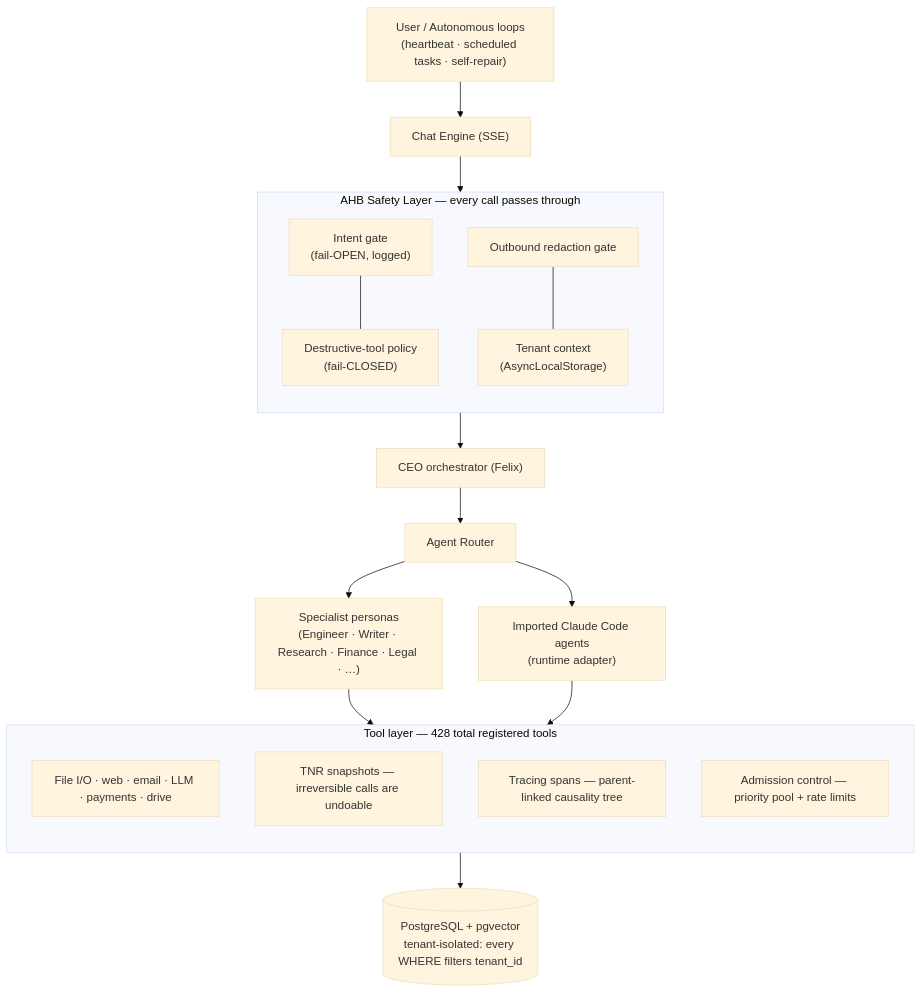
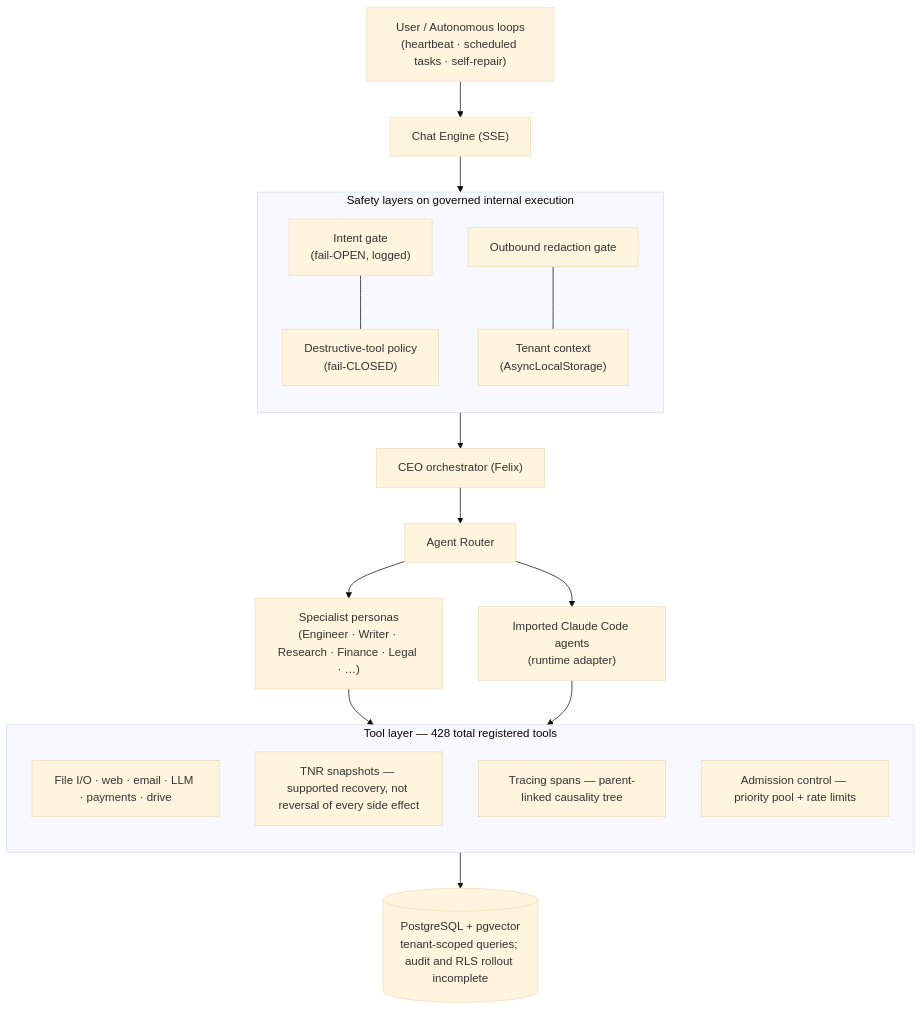
One commit to Huskyauto/VisionClaw-Agent-Public-Release changed the diagram in README.md. Above: the diagram before and after it, drawn with Mermaid (base theme). The commit also changed other lines of this file and 279 other files, not shown here.

````diff
--- a/README.md
+++ b/README.md
@@ -218,29 +246,29 @@
 ```mermaid
 flowchart TB
     U["User / Autonomous loops<br/>(heartbeat · scheduled tasks · self-repair)"] --> CE["Chat Engine (SSE)"]
     CE --> SAFETY
 
-    subgraph SAFETY["AHB Safety Layer — every call passes through"]
+    subgraph SAFETY["Safety layers on governed internal execution"]
         direction TB
         IG["Intent gate<br/>(fail-OPEN, logged)"] --- DP["Destructive-tool policy<br/>(fail-CLOSED)"]
         RG["Outbound redaction gate"] --- TC["Tenant context<br/>(AsyncLocalStorage)"]
     end
 
     SAFETY --> CEO["CEO orchestrator (Felix)"]
     CEO --> ROUTER["Agent Router"]
     ROUTER --> P1["Specialist personas<br/>(Engineer · Writer · Research · Finance · Legal · …)"]
     ROUTER --> P2["Imported Claude Code agents<br/>(runtime adapter)"]
 
     P1 --> TOOLS
     P2 --> TOOLS
 
     subgraph TOOLS["Tool layer — 428 total registered tools"]
         direction TB
         T1["File I/O · web · email · LLM · payments · drive"]
-        T2["TNR snapshots — irreversible calls are undoable"]
+        T2["TNR snapshots — supported recovery, not reversal of every side effect"]
         T3["Tracing spans — parent-linked causality tree"]
         T4["Admission control — priority pool + rate limits"]
     end
 
-    TOOLS --> DB[("PostgreSQL + pgvector<br/>tenant-isolated: every WHERE filters tenant_id")]
+    TOOLS --> DB[("PostgreSQL + pgvector<br/>tenant-scoped queries; audit and RLS rollout incomplete")]
 ```
````
